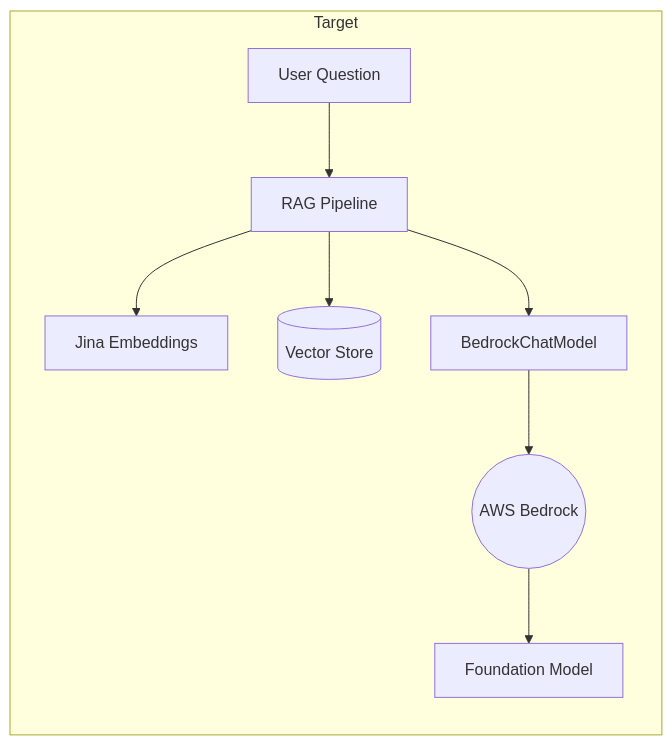
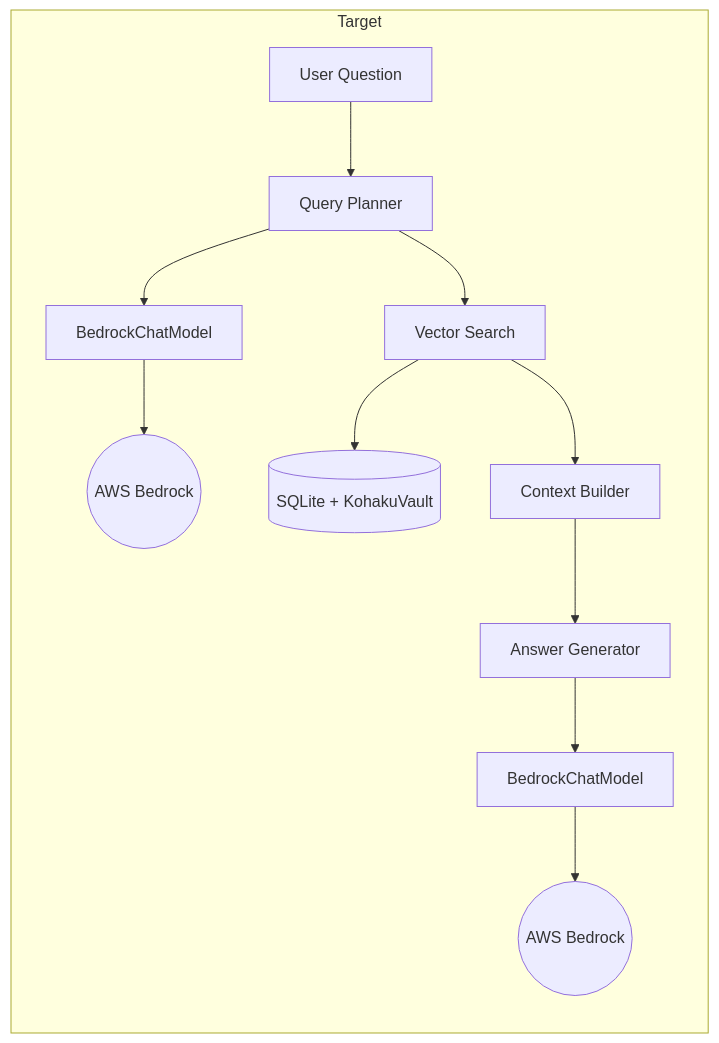
One commit to matteso1/KohakuRAG_UI changed the second of 4 diagrams in docs/bedrock-integration-proposal.md. Above: the diagram before and after it, drawn with Mermaid. The commit also changed other lines of this file, not shown here.

````diff
--- a/docs/bedrock-integration-proposal.md
+++ b/docs/bedrock-integration-proposal.md
@@ -42,11 +75,14 @@
 ```mermaid
 flowchart LR
     subgraph Target
-        Q[User Question] --> RAG[RAG Pipeline]
-        RAG --> E[Jina Embeddings]
-        RAG --> V[(Vector Store)]
-        RAG --> LLM[BedrockChatModel]
-        LLM --> BR((AWS Bedrock))
-        BR --> FM[Foundation Model]
+        Q[User Question] --> Planner[Query Planner]
+        Planner --> LLM1[BedrockChatModel]
+        LLM1 --> BR1((AWS Bedrock))
+        Planner --> Retrieval[Vector Search]
+        Retrieval --> Store[(SQLite + KohakuVault)]
+        Retrieval --> Context[Context Builder]
+        Context --> Answer[Answer Generator]
+        Answer --> LLM2[BedrockChatModel]
+        LLM2 --> BR2((AWS Bedrock))
     end
 ```
````
